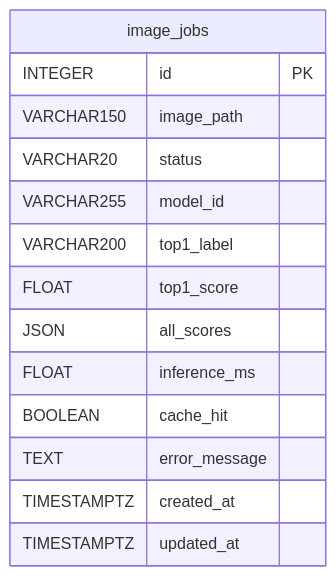
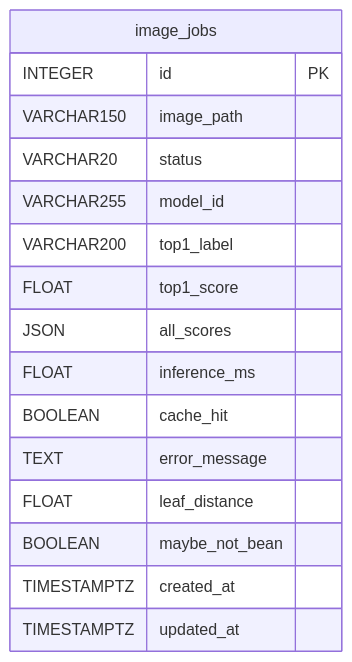
The first of 2 diagrams in reports/04_DB_구조_작업이력.md (gksk9063-ops/beans-fastapi), drawn with Mermaid before and after one commit. The commit also changed other lines of this file and 11 other files, not shown here.

````diff
--- a/reports/04_DB_구조_작업이력.md
+++ b/reports/04_DB_구조_작업이력.md
@@ -9,17 +9,19 @@
 ```mermaid
 erDiagram
   image_jobs {
     INTEGER id PK
     VARCHAR150 image_path
     VARCHAR20 status
     VARCHAR255 model_id
     VARCHAR200 top1_label
     FLOAT top1_score
     JSON all_scores
     FLOAT inference_ms
     BOOLEAN cache_hit
     TEXT error_message
+    FLOAT leaf_distance
+    BOOLEAN maybe_not_bean
     TIMESTAMPTZ created_at
     TIMESTAMPTZ updated_at
   }
 ```
````
